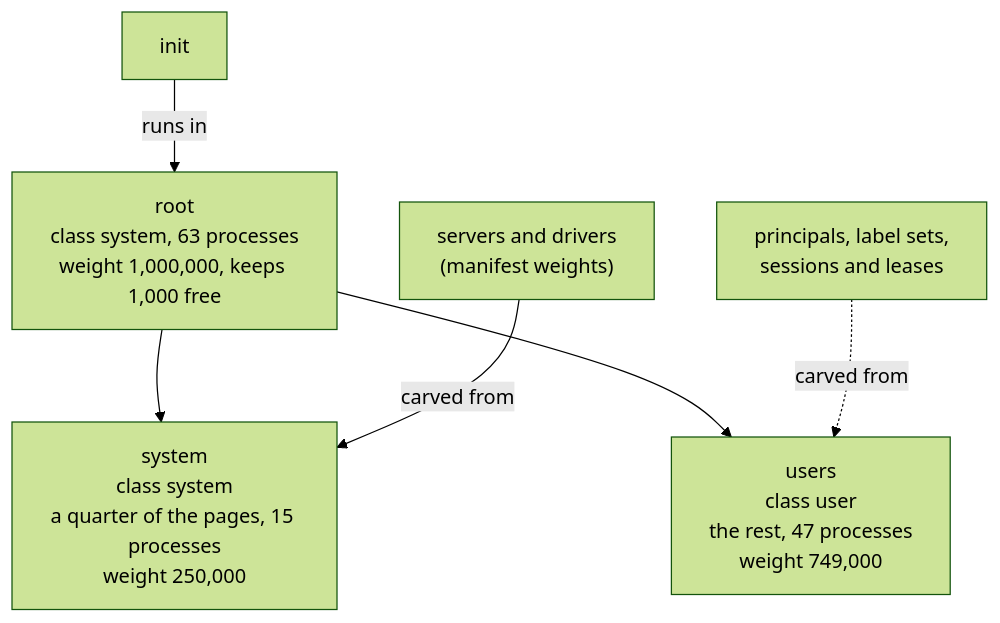
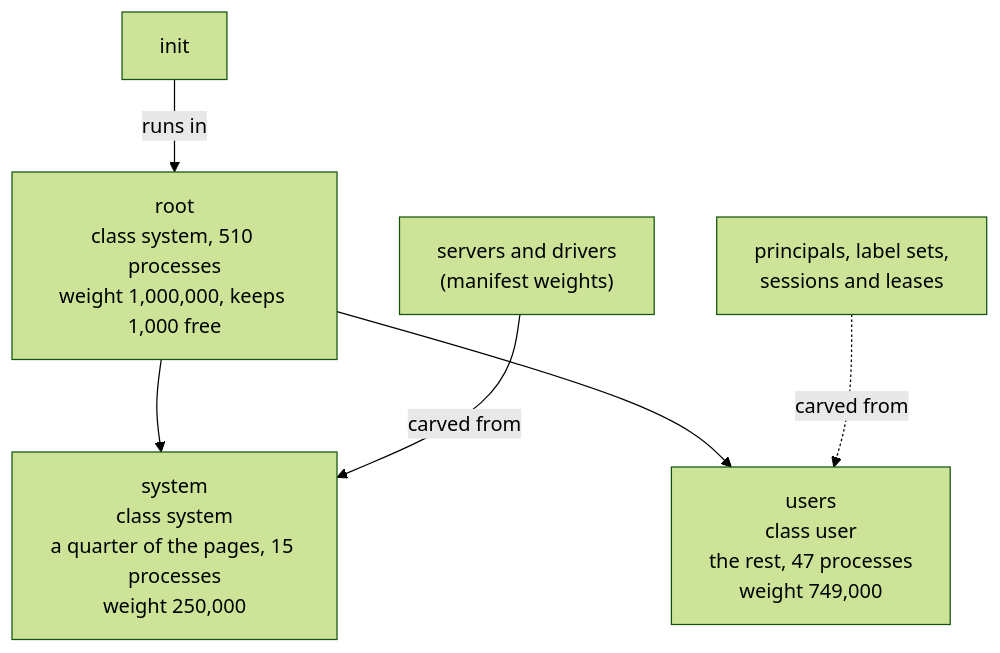
The first of 2 diagrams in docs/kernel/budgets.md (sirmick/redoubt), drawn with Mermaid (forest theme) before and after one commit. The commit also changed other lines of this file and 55 other files, not shown here.

````diff
--- a/docs/kernel/budgets.md
+++ b/docs/kernel/budgets.md
@@ -144,14 +144,14 @@
 ```mermaid
 flowchart TD
-    R["root<br/>class system, 63 processes<br/>weight 1,000,000, keeps 1,000 free"]
+    R["root<br/>class system, 510 processes<br/>weight 1,000,000, keeps 1,000 free"]
     S["system<br/>class system<br/>a quarter of the pages, 15 processes<br/>weight 250,000"]
     U["users<br/>class user<br/>the rest, 47 processes<br/>weight 749,000"]
     I[init]
     SV["servers and drivers<br/>(manifest weights)"]
     P["principals, label sets,<br/>sessions and leases"]
     R --> S
     R --> U
     I -- runs in --> R
     SV -- carved from --> S
     P -. carved from .-> U
 ```
````
